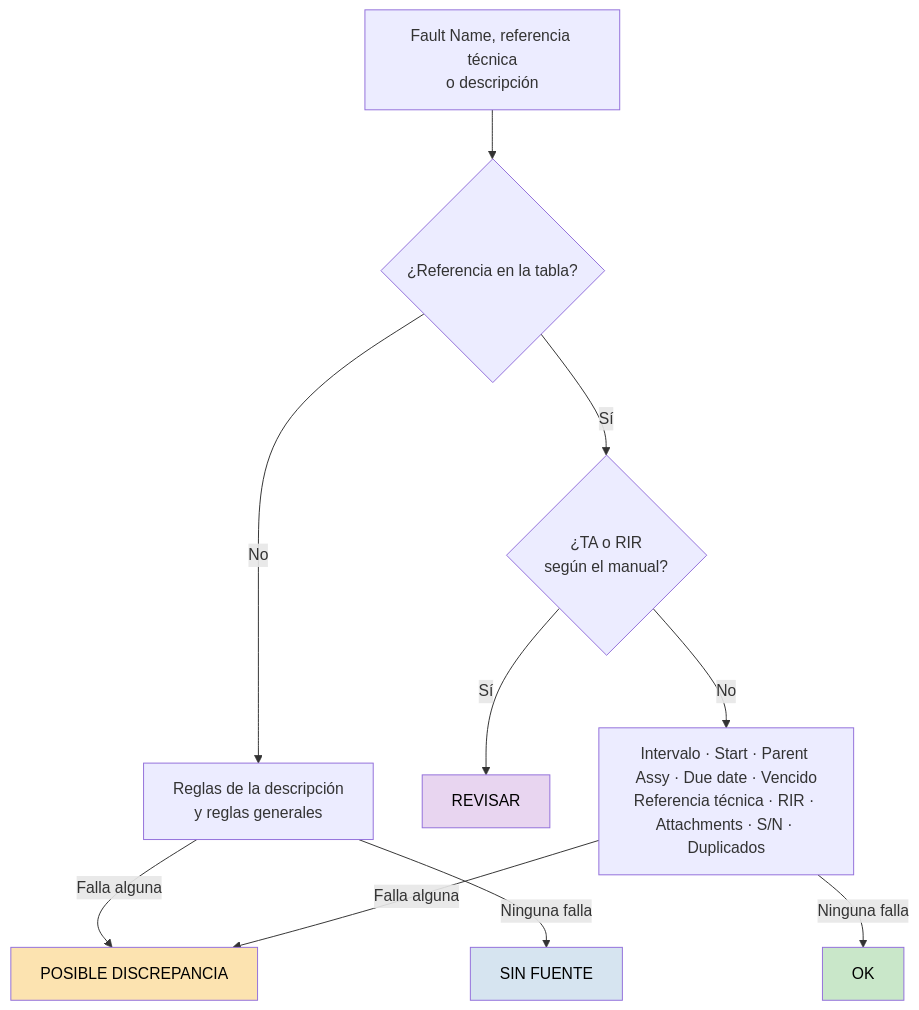
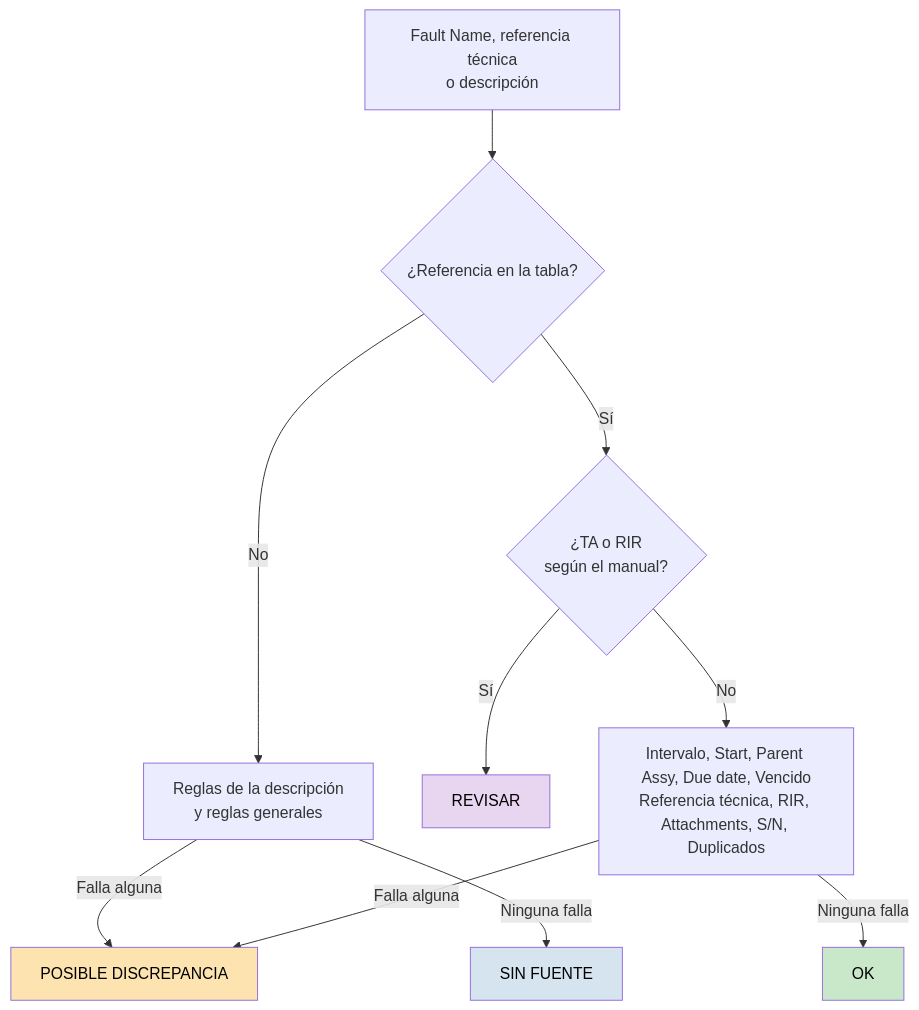
One commit to lviloriabas/dips changed the sixth of 9 diagrams in docs/proceso.md. Above: the diagram before and after it, drawn with Mermaid. The commit also changed 10 other files, not shown here.

````diff
--- a/docs/proceso.md
+++ b/docs/proceso.md
@@ -134,16 +134,16 @@
 ```mermaid
 flowchart TD
     N[Fault Name, referencia técnica<br/>o descripción] --> REF{¿Referencia en la tabla?}
     REF -- No --> SD[Reglas de la descripción<br/>y reglas generales]
     SD -- Falla alguna --> PD
     SD -- Ninguna falla --> SF[SIN FUENTE]
     REF -- Sí --> M{¿TA o RIR<br/>según el manual?}
     M -- Sí --> RV[REVISAR]
-    M -- No --> V[Intervalo · Start · Parent Assy · Due date · Vencido<br/>Referencia técnica · RIR · Attachments · S/N · Duplicados]
+    M -- No --> V[Intervalo, Start, Parent Assy, Due date, Vencido<br/>Referencia técnica, RIR, Attachments, S/N, Duplicados]
     V -- Falla alguna --> PD[POSIBLE DISCREPANCIA]
     V -- Ninguna falla --> OK[OK]
     style PD fill:#FCE3B0,color:#000
     style RV fill:#E8D5F0,color:#000
     style SF fill:#D6E4F0,color:#000
     style OK fill:#C9E7C9,color:#000
 ```
````
